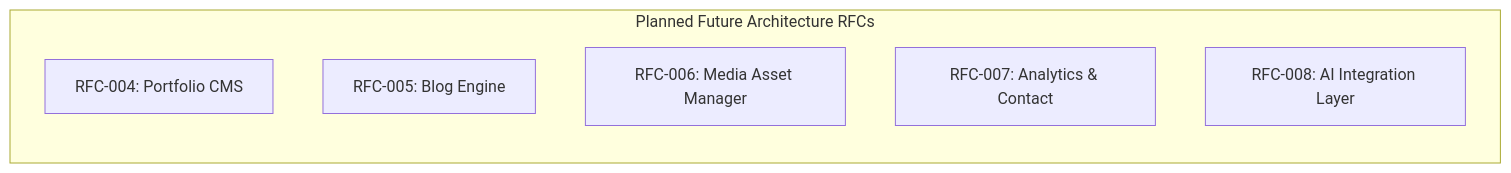
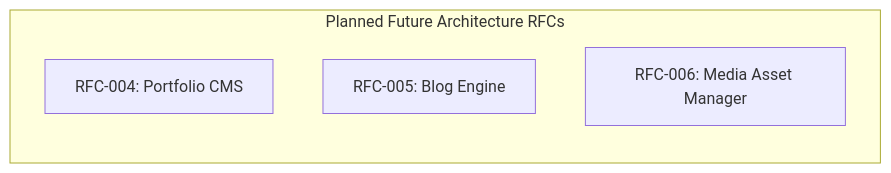
The second of 2 diagrams in docs/architecture/current-vs-future.md (Sagar7719/developer-os), drawn with Mermaid before and after one commit. The commit also changed other lines of this file and 24 other files, not shown here.

Commit message:
feat(ai): implement RFC-008 AI integration layer and LLM workflows

````diff
--- a/docs/architecture/current-vs-future.md
+++ b/docs/architecture/current-vs-future.md
@@ -50,10 +52,8 @@
 ```mermaid
 flowchart LR
     subgraph FutureRoadmap [Planned Future Architecture RFCs]
         RFC004[RFC-004: Portfolio CMS]
         RFC005[RFC-005: Blog Engine]
         RFC006[RFC-006: Media Asset Manager]
-        RFC007[RFC-007: Analytics & Contact]
-        RFC008[RFC-008: AI Integration Layer]
     end
 ```
````
